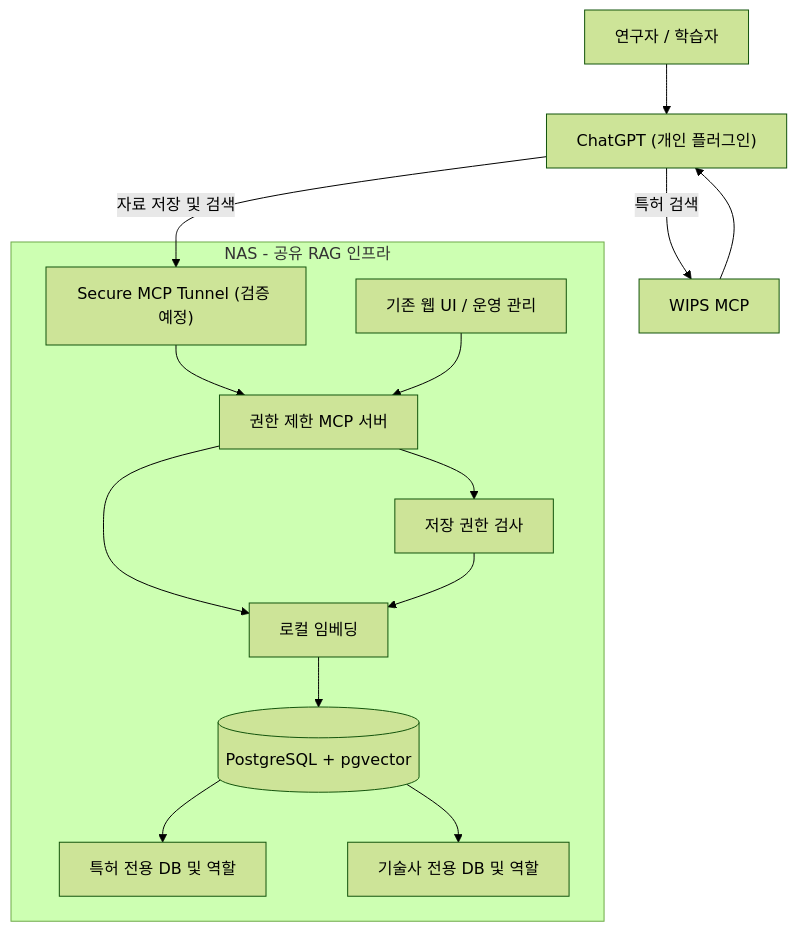
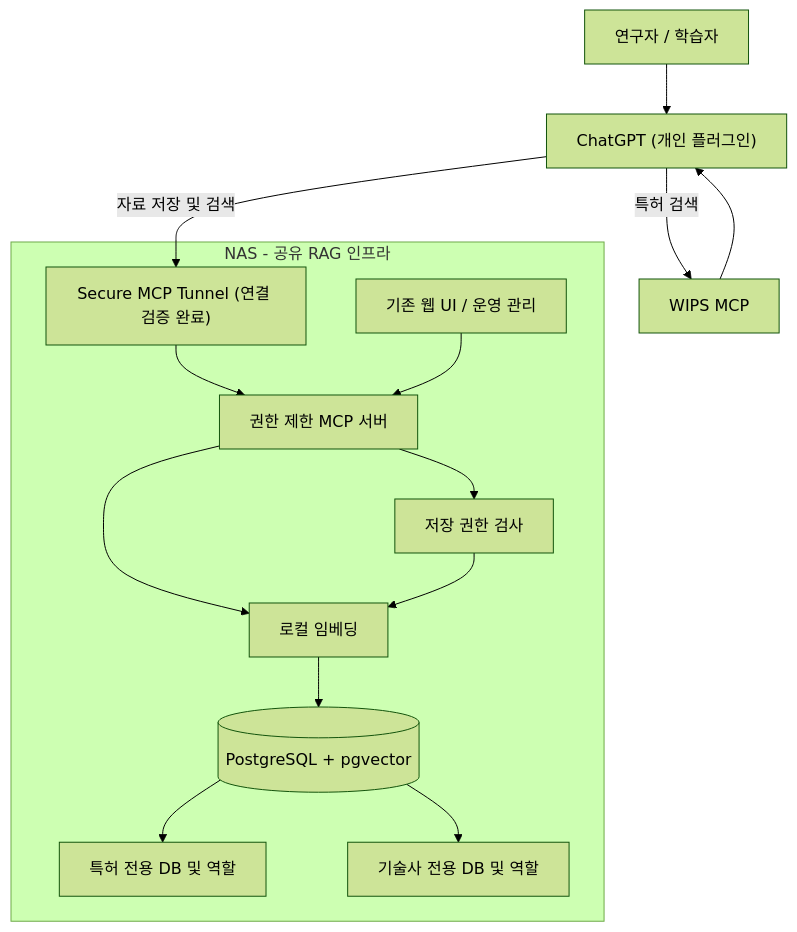
The diagram in README.md (son1004007/patent-rag-agent), drawn with Mermaid (forest theme) before and after one commit. The commit also changed other lines of this file, not shown here.

Commit message:
docs: record shared DB rehearsal results and preserve deployment gates

````diff
--- a/README.md
+++ b/README.md
@@ -7,17 +7,17 @@
 ```mermaid
 flowchart TD
   U[연구자 / 학습자] --> C["ChatGPT (개인 플러그인)"]
   C -->|특허 검색| W[WIPS MCP]
   W --> C
-  C -->|자료 저장 및 검색| T["Secure MCP Tunnel (검증 예정)"]
+  C -->|자료 저장 및 검색| T["Secure MCP Tunnel (연결 검증 완료)"]
   subgraph NAS["NAS - 공유 RAG 인프라"]
     T --> M[권한 제한 MCP 서버]
     M --> E[로컬 임베딩]
     M --> P[저장 권한 검사]
     P --> E
     E --> V[(PostgreSQL + pgvector)]
     V --> A[특허 전용 DB 및 역할]
     V --> B[기술사 전용 DB 및 역할]
     O[기존 웹 UI / 운영 관리] --> M
   end
 ```
````
